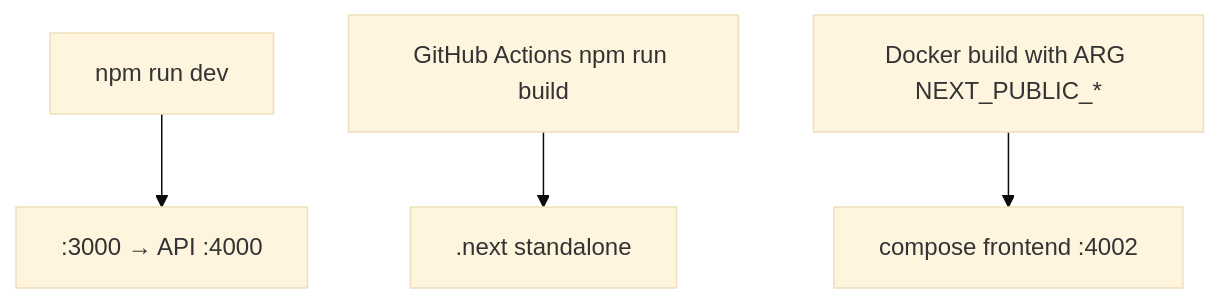
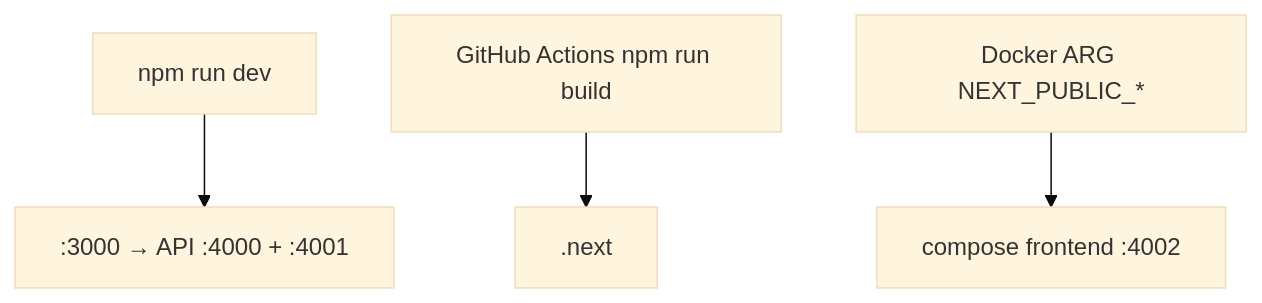
Before and after one commit to JayXCoder/SentinelX: the seventh of 7 diagrams in sentinelx-frontend/docs/workflow.md, drawn with Mermaid (base theme). The commit also changed other lines of this file and 158 other files, not shown here.

````diff
--- a/sentinelx-frontend/docs/workflow.md
+++ b/sentinelx-frontend/docs/workflow.md
@@ -69,6 +86,6 @@
 ```mermaid
 flowchart TD
-  dev[npm run dev] --> local[:3000 → API :4000]
-  ci[GitHub Actions npm run build] --> artifact[.next standalone]
-  docker[Docker build with ARG NEXT_PUBLIC_*] --> compose[compose frontend :4002]
+  dev[npm run dev] --> local[:3000 → API :4000 + :4001]
+  ci[GitHub Actions npm run build] --> artifact[.next]
+  docker[Docker ARG NEXT_PUBLIC_*] --> compose[compose frontend :4002]
 ```
````
